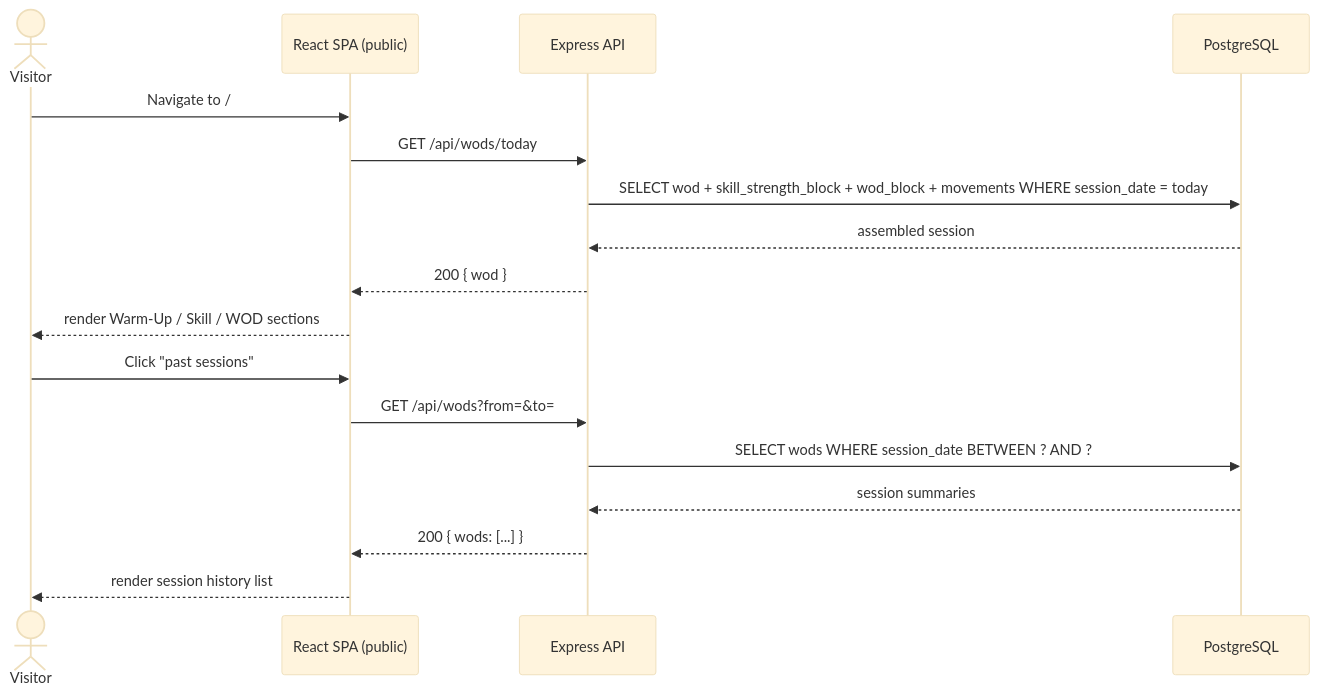
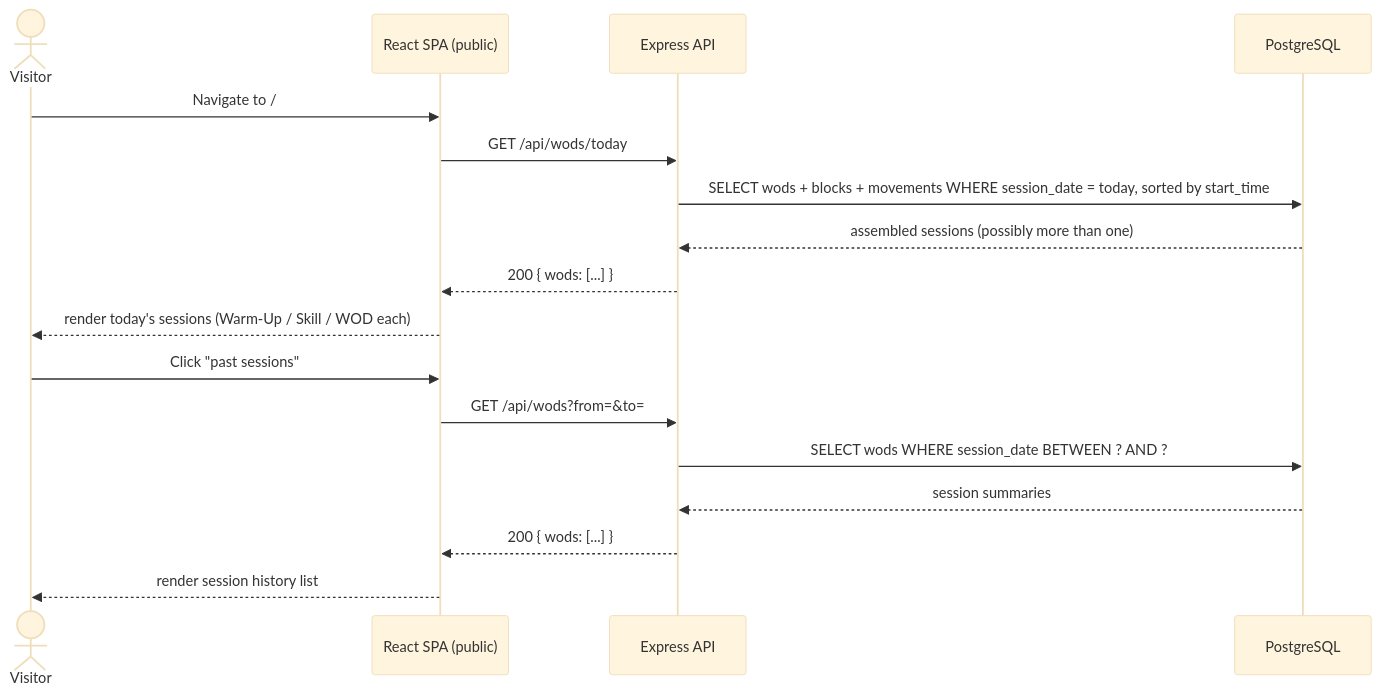
The fourth of 6 diagrams in docs/03-technical-documentation.md (sharingankid/boxtrack), drawn with Mermaid (base theme) before and after one commit. The commit also changed other lines of this file, not shown here.

First line of the commit message:
docs(technical): sync Stage 3 doc with actual schema and API routes

````diff
--- a/docs/03-technical-documentation.md
+++ b/docs/03-technical-documentation.md
@@ -337,21 +346,21 @@
 ```mermaid
 sequenceDiagram
     actor Visitor
     participant SPA as React SPA (public)
     participant API as Express API
     participant DB as PostgreSQL
 
     Visitor->>SPA: Navigate to /
     SPA->>API: GET /api/wods/today
-    API->>DB: SELECT wod + skill_strength_block + wod_block + movements WHERE session_date = today
-    DB-->>API: assembled session
-    API-->>SPA: 200 { wod }
-    SPA-->>Visitor: render Warm-Up / Skill / WOD sections
+    API->>DB: SELECT wods + blocks + movements WHERE session_date = today, sorted by start_time
+    DB-->>API: assembled sessions (possibly more than one)
+    API-->>SPA: 200 { wods: [...] }
+    SPA-->>Visitor: render today's sessions (Warm-Up / Skill / WOD each)
 
     Visitor->>SPA: Click "past sessions"
     SPA->>API: GET /api/wods?from=&to=
     API->>DB: SELECT wods WHERE session_date BETWEEN ? AND ?
     DB-->>API: session summaries
     API-->>SPA: 200 { wods: [...] }
     SPA-->>Visitor: render session history list
 ```
````
